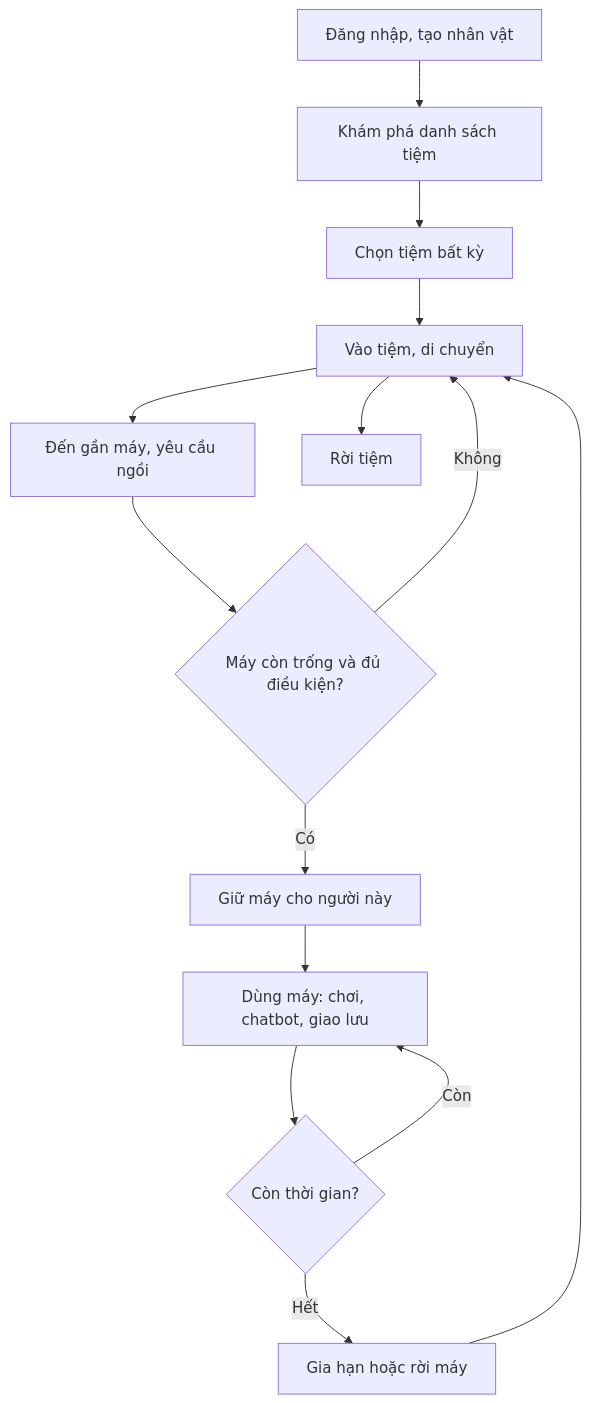
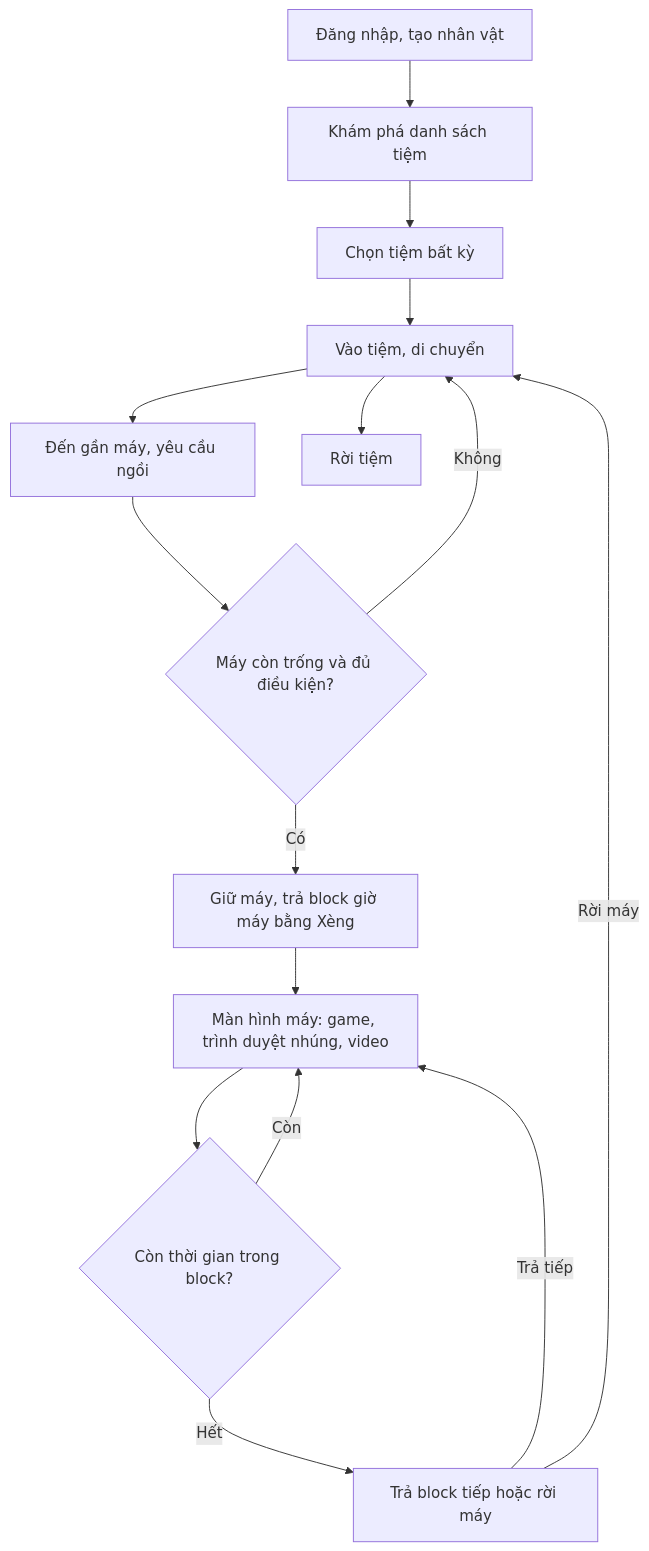
The second of 5 diagrams in docs/wiki/product/business-flows.md (netverse3d/netverse3d), drawn with Mermaid before and after one commit. The commit also changed other lines of this file and 17 other files, not shown here.

Commit message:
docs: record the tentative economy, station screens and new roadmap

````diff
--- a/docs/wiki/product/business-flows.md
+++ b/docs/wiki/product/business-flows.md
@@ -31,16 +31,17 @@
 ```mermaid
 flowchart TD
   A[Đăng nhập, tạo nhân vật] --> B[Khám phá danh sách tiệm]
   B --> C[Chọn tiệm bất kỳ]
   C --> D[Vào tiệm, di chuyển]
   D --> E[Đến gần máy, yêu cầu ngồi]
   E --> F{Máy còn trống và đủ điều kiện?}
-  F -->|Có| G[Giữ máy cho người này]
+  F -->|Có| G[Giữ máy, trả block giờ máy bằng Xèng]
   F -->|Không| D
-  G --> H[Dùng máy: chơi, chatbot, giao lưu]
-  H --> I{Còn thời gian?}
+  G --> H[Màn hình máy: game, trình duyệt nhúng, video]
+  H --> I{Còn thời gian trong block?}
   I -->|Còn| H
-  I -->|Hết| J[Gia hạn hoặc rời máy]
-  J --> D
+  I -->|Hết| J[Trả block tiếp hoặc rời máy]
+  J -->|Trả tiếp| H
+  J -->|Rời máy| D
   D --> K[Rời tiệm]
 ```
````
